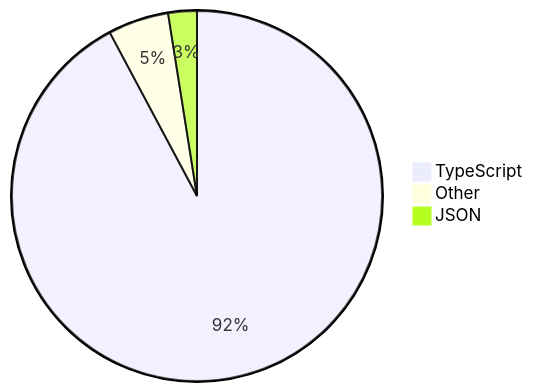
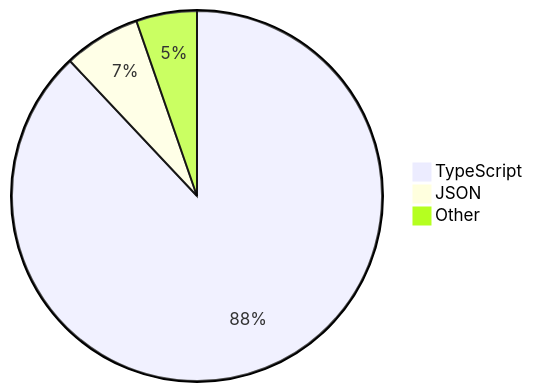
The diagram in README.md (skvggor/skvggor), drawn with Mermaid before and after one commit.

Commit message:
Updated waka-readme graph with new metrics

````diff
--- a/README.md
+++ b/README.md
@@ -28,6 +28,6 @@
 ```mermaid
 pie
-    "TypeScript" : 92.2
+    "TypeScript" : 87.9
+    "JSON" : 6.7
     "Other" : 5.3
-    "JSON" : 2.5
 ```
````
